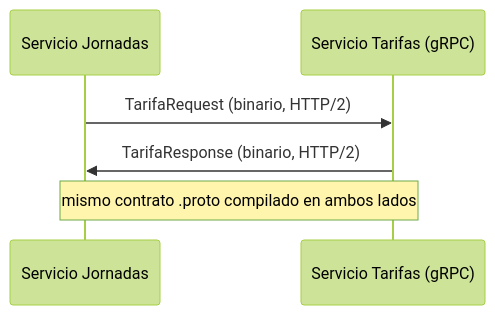
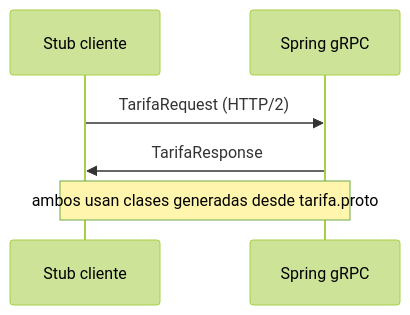
One commit to NICORUIZ93/The_Imperial_Book changed the third of 8 diagrams in web/public/content/spring-boot/modulo-10.md. Above: the diagram before and after it, drawn with Mermaid (forest theme). The commit also changed other lines of this file and 23 other files, not shown here.

Commit message:
Teach Spring gRPC and safe contract evolution

````diff
--- a/web/public/content/spring-boot/modulo-10.md
+++ b/web/public/content/spring-boot/modulo-10.md
@@ -732,8 +696,8 @@
 ```mermaid
 sequenceDiagram
-  participant J as Servicio Jornadas
-  participant T as Servicio Tarifas (gRPC)
-  J->>T: TarifaRequest (binario, HTTP/2)
-  T->>J: TarifaResponse (binario, HTTP/2)
-  Note over J,T: mismo contrato .proto compilado en ambos lados
+  participant C as Stub cliente
+  participant S as Spring gRPC
+  C->>S: TarifaRequest (HTTP/2)
+  S->>C: TarifaResponse
+  Note over C,S: ambos usan clases generadas desde tarifa.proto
 ```
````
